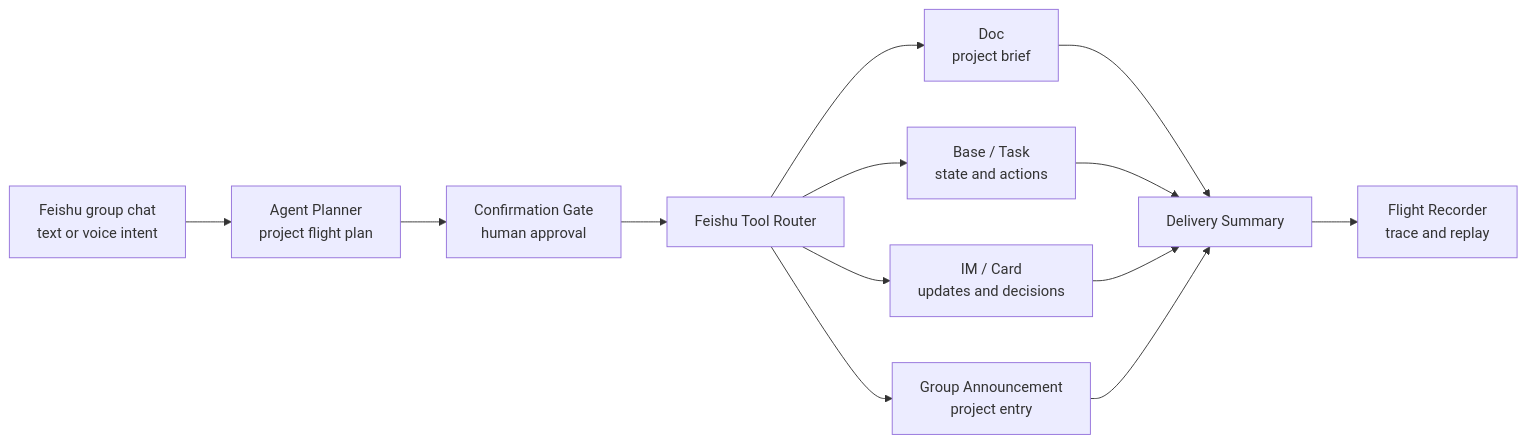
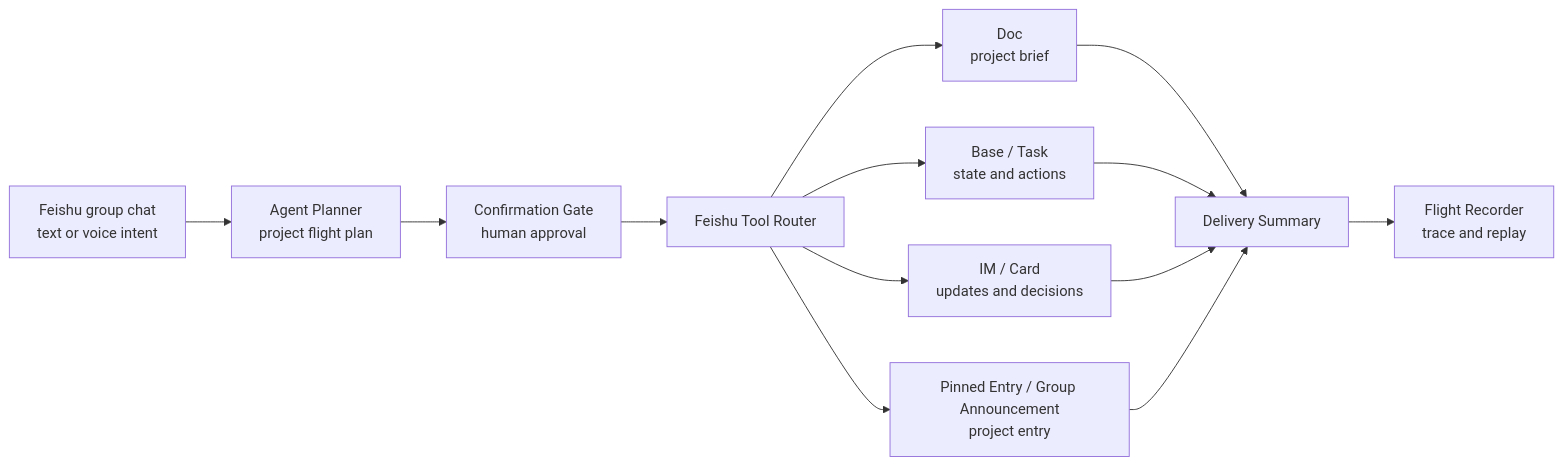
Before and after one commit to DeliciousBuding/pilot-flow: the second of 4 diagrams in README.md, drawn with Mermaid. The commit also changed other lines of this file and 14 other files, not shown here.

Commit message:
Add pinned project entry flow

````diff
--- a/README.md
+++ b/README.md
@@ -94,15 +94,15 @@
 ```mermaid
 flowchart LR
     A["Feishu group chat<br/>text or voice intent"] --> B["Agent Planner<br/>project flight plan"]
     B --> C["Confirmation Gate<br/>human approval"]
     C --> D["Feishu Tool Router"]
     D --> E["Doc<br/>project brief"]
     D --> F["Base / Task<br/>state and actions"]
     D --> G["IM / Card<br/>updates and decisions"]
-    D --> H["Group Announcement<br/>project entry"]
+    D --> H["Pinned Entry / Group Announcement<br/>project entry"]
     E --> I["Delivery Summary"]
     F --> I
     G --> I
     H --> I
     I --> J["Flight Recorder<br/>trace and replay"]
 ```
````
